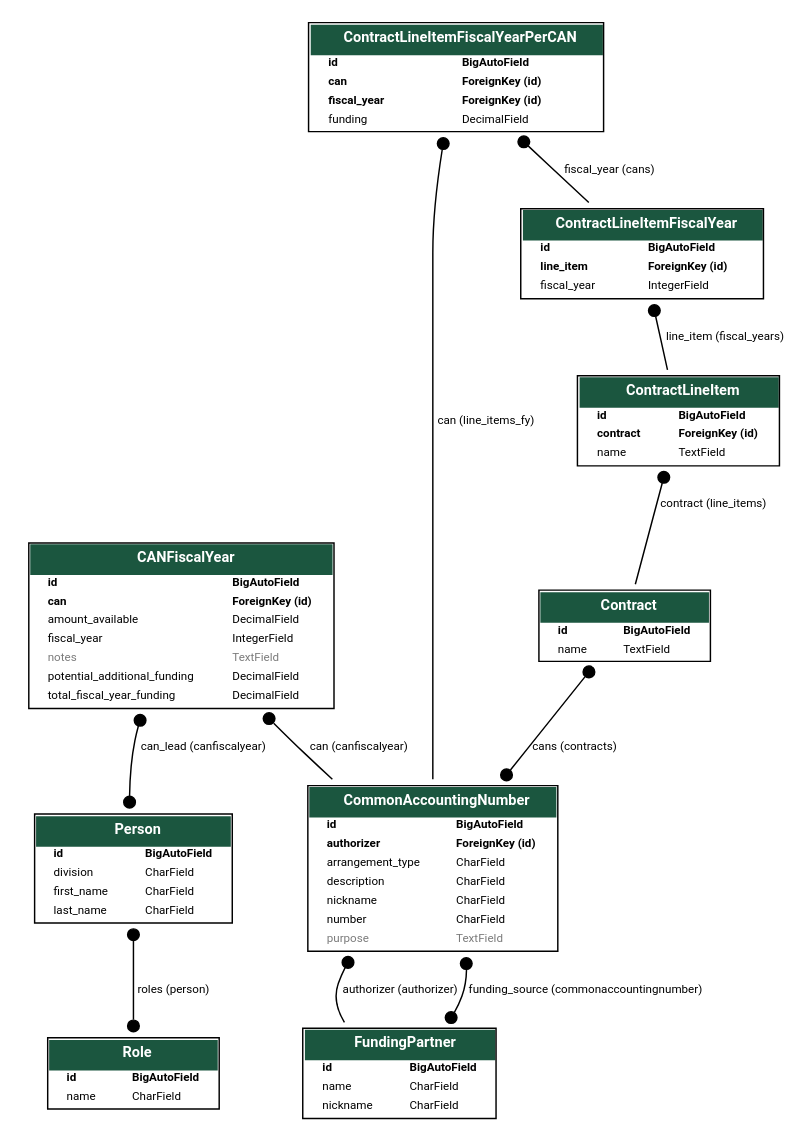
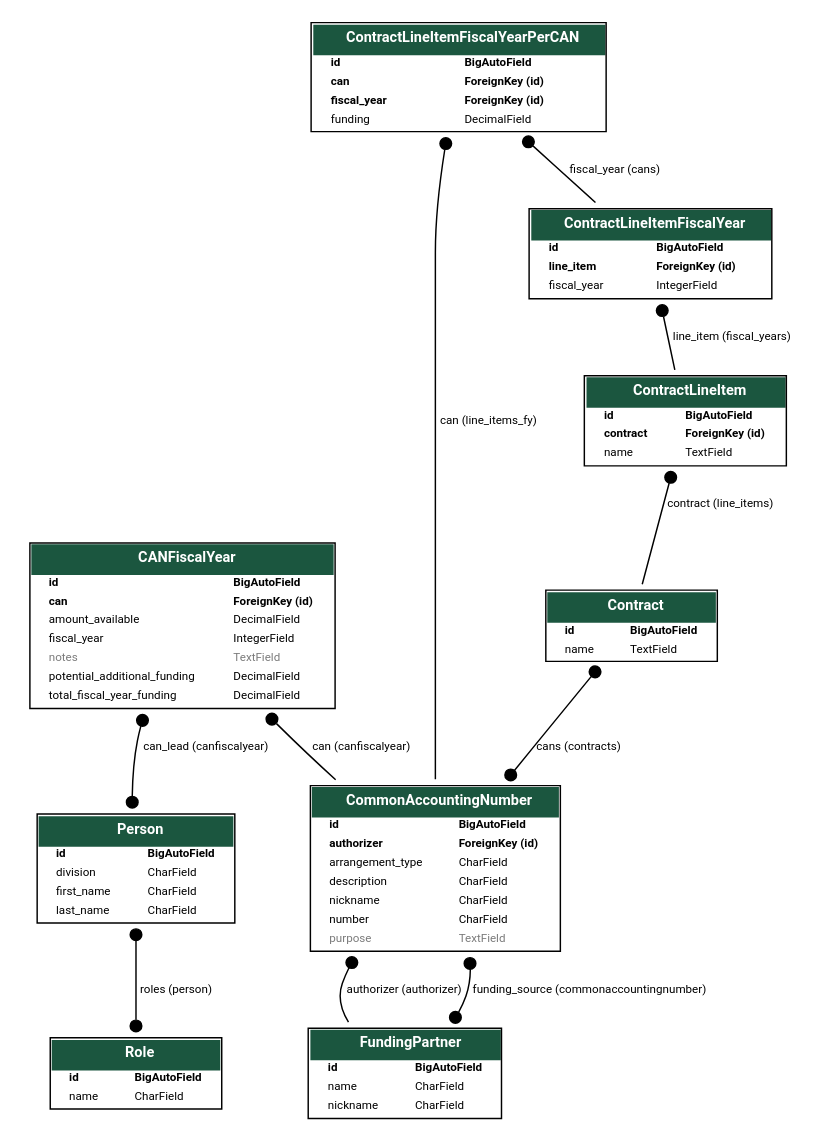
Before and after one commit to HHS/OPRE-OPS: the diagram in docs/models.dot, drawn with Graphviz. The commit also changed 1 other file, not shown here.

Commit message:
304: I deleted the wrong ones, bring the new ones back and rename to models

```diff
--- a/docs/models.dot
+++ b/docs/models.dot
@@ -1,62 +1,20 @@
 digraph model_graph {
-  // Dotfile by Django-Extensions graph_models
-  // Created: 2022-06-10 18:32
-  // Cli Options: -a -X LogEntry,AbstractUser,Permission,Group,User,ContentType,AbstractBaseSession,Session
-
-  fontname = "Roboto"
-  fontsize = 8
-  splines  = true
-  rankdir = "TB"
-
-  node [
-    fontname = "Roboto"
-    fontsize = 8
-    shape = "plaintext"
-  ]
-
-  edge [
-    fontname = "Roboto"
-    fontsize = 8
-  ]
-
-  // Labels
-
-
-  ops_site_models_FundingPartner [label=<
-    <TABLE BGCOLOR="white" BORDER="1" CELLBORDER="0" CELLSPACING="0">
-    <TR><TD COLSPAN="2" CELLPADDING="5" ALIGN="CENTER" BGCOLOR="#1b563f">
-    <FONT FACE="Roboto" COLOR="white" POINT-SIZE="10"><B>
-    FundingPartner
-    </B></FONT></TD></TR>
-
-
-    <TR><TD ALIGN="LEFT" BORDER="0">
-    <FONT FACE="Roboto"><B>id</B></FONT>
-    </TD><TD ALIGN="LEFT">
-    <FONT FACE="Roboto"><B>BigAutoField</B></FONT>
-    </TD></TR>
-
-
-
-    <TR><TD ALIGN="LEFT" BORDER="0">
-    <FONT FACE="Roboto">name</FONT>
-    </TD><TD ALIGN="LEFT">
-    <FONT FACE="Roboto">CharField</FONT>
-    </TD></TR>
-
-
-
-    <TR><TD ALIGN="LEFT" BORDER="0">
-    <FONT FACE="Roboto">nickname</FONT>
-    </TD><TD ALIGN="LEFT">
-    <FONT FACE="Roboto">CharField</FONT>
-    </TD></TR>
-
-
-    </TABLE>
-    >]
-
-  ops_site_models_Role [label=<
+	graph [bb="0,0,533,762",
+		fontname=Roboto,
+		fontsize=8,
+		rankdir=TB,
+		splines=true
+	];
+	node [fontname=Roboto,
+		fontsize=8,
+		label="\N",
+		shape=plaintext
+	];
+	edge [fontname=Roboto,
+		fontsize=8
+	];
+	opre_ops_ops_site_models_Role	[height=0.79167,
+		label=<
     <TABLE BGCOLOR="white" BORDER="1" CELLBORDER="0" CELLSPACING="0">
     <TR><TD COLSPAN="2" CELLPADDING="5" ALIGN="CENTER" BGCOLOR="#1b563f">
     <FONT FACE="Roboto" COLOR="white" POINT-SIZE="10"><B>
@@ -80,9 +38,11 @@
 
 
     </TABLE>
-    >]
-
-  ops_site_models_Person [label=<
+    >,
+		pos="86,35",
+		width=1.9444];
+	opre_ops_ops_site_models_Person	[height=1.1528,
+		label=<
     <TABLE BGCOLOR="white" BORDER="1" CELLBORDER="0" CELLSPACING="0">
     <TR><TD COLSPAN="2" CELLPADDING="5" ALIGN="CENTER" BGCOLOR="#1b563f">
     <FONT FACE="Roboto" COLOR="white" POINT-SIZE="10"><B>
@@ -122,9 +82,53 @@
 
 
     </TABLE>
-    >]
+    >,
+		pos="86,176",
+		width=2.1806];
+	opre_ops_ops_site_models_Person -> opre_ops_ops_site_models_Role	[arrowhead=dot,
+		arrowtail=dot,
+		dir=both,
+		label=" roles (person)",
+		lp="112.5,92.5",
+		pos="s,86,134.42 e,86,63.631 86,126.23 86,108.37 86,88.49 86,71.949"];
+	opre_ops_ops_site_cans_models_FundingPartner	[height=0.97222,
+		label=<
+    <TABLE BGCOLOR="white" BORDER="1" CELLBORDER="0" CELLSPACING="0">
+    <TR><TD COLSPAN="2" CELLPADDING="5" ALIGN="CENTER" BGCOLOR="#1b563f">
+    <FONT FACE="Roboto" COLOR="white" POINT-SIZE="10"><B>
+    FundingPartner
+    </B></FONT></TD></TR>
 
-  ops_site_models_CommonAccountingNumber [label=<
+
+    <TR><TD ALIGN="LEFT" BORDER="0">
+    <FONT FACE="Roboto"><B>id</B></FONT>
+    </TD><TD ALIGN="LEFT">
+    <FONT FACE="Roboto"><B>BigAutoField</B></FONT>
+    </TD></TR>
+
+
+
+    <TR><TD ALIGN="LEFT" BORDER="0">
+    <FONT FACE="Roboto">name</FONT>
+    </TD><TD ALIGN="LEFT">
+    <FONT FACE="Roboto">CharField</FONT>
+    </TD></TR>
+
+
+
+    <TR><TD ALIGN="LEFT" BORDER="0">
+    <FONT FACE="Roboto">nickname</FONT>
+    </TD><TD ALIGN="LEFT">
+    <FONT FACE="Roboto">CharField</FONT>
+    </TD></TR>
+
+
+    </TABLE>
+    >,
+		pos="267,35",
+		width=2.125];
+	opre_ops_ops_site_cans_models_CommonAccountingNumber	[height=1.6944,
+		label=<
     <TABLE BGCOLOR="white" BORDER="1" CELLBORDER="0" CELLSPACING="0">
     <TR><TD COLSPAN="2" CELLPADDING="5" ALIGN="CENTER" BGCOLOR="#1b563f">
     <FONT FACE="Roboto" COLOR="white" POINT-SIZE="10"><B>
@@ -188,9 +192,23 @@
 
 
     </TABLE>
-    >]
-
-  ops_site_models_CANFiscalYear [label=<
+    >,
+		pos="283,176",
+		width=2.75];
+	opre_ops_ops_site_cans_models_CommonAccountingNumber -> opre_ops_ops_site_cans_models_FundingPartner	[arrowhead=none,
+		arrowtail=dot,
+		dir=both,
+		label=" authorizer (authorizer)",
+		lp="264.5,92.5",
+		pos="s,230.87,114.56 227.15,107.26 225.58,103.89 224.18,100.46 223,97 219.8,87.605 222.38,78.412 227.59,70.129"];
+	opre_ops_ops_site_cans_models_CommonAccountingNumber -> opre_ops_ops_site_cans_models_FundingPartner	[arrowhead=dot,
+		arrowtail=dot,
+		dir=both,
+		label=" funding_source (commonaccountingnumber)",
+		lp="388.5,92.5",
+		pos="s,308.14,114.8 e,297.19,70.059 308.71,106.74 308.8,100.37 308.01,94.044 306,88 304.77,84.313 303.17,80.677 301.31,77.145"];
+	opre_ops_ops_site_cans_models_CANFiscalYear	[height=1.6944,
+		label=<
     <TABLE BGCOLOR="white" BORDER="1" CELLBORDER="0" CELLSPACING="0">
     <TR><TD COLSPAN="2" CELLPADDING="5" ALIGN="CENTER" BGCOLOR="#1b563f">
     <FONT FACE="Roboto" COLOR="white" POINT-SIZE="10"><B>
@@ -254,9 +272,23 @@
 
 
     </TABLE>
-    >]
-
-  ops_site_models_Contract [label=<
+    >,
+		pos="114,343",
+		width=3.1667];
+	opre_ops_ops_site_cans_models_CANFiscalYear -> opre_ops_ops_site_models_Person	[arrowhead=dot,
+		arrowtail=dot,
+		dir=both,
+		label=" can_lead (canfiscalyear)",
+		lp="131.5,259.5",
+		pos="s,90.988,281.61 e,83.778,217.53 88.961,273.6 88.213,270.37 87.551,267.17 87,264 84.853,251.67 83.992,238.21 83.808,225.64"];
+	opre_ops_ops_site_cans_models_CANFiscalYear -> opre_ops_ops_site_cans_models_CommonAccountingNumber	[arrowhead=none,
+		arrowtail=dot,
+		dir=both,
+		label=" can (canfiscalyear)",
+		lp="234,259.5",
+		pos="s,172.15,281.72 178.03,275.78 185.06,268.72 192.15,261.68 199,255 204.98,249.17 211.27,243.15 217.59,237.16"];
+	opre_ops_ops_site_cans_models_Contract	[height=0.79167,
+		label=<
     <TABLE BGCOLOR="white" BORDER="1" CELLBORDER="0" CELLSPACING="0">
     <TR><TD COLSPAN="2" CELLPADDING="5" ALIGN="CENTER" BGCOLOR="#1b563f">
     <FONT FACE="Roboto" COLOR="white" POINT-SIZE="10"><B>
@@ -280,9 +312,17 @@
 
 
     </TABLE>
-    >]
-
-  ops_site_models_ContractLineItem [label=<
+    >,
+		pos="416,343",
+		width=1.9444];
+	opre_ops_ops_site_cans_models_Contract -> opre_ops_ops_site_cans_models_CommonAccountingNumber	[arrowhead=dot,
+		arrowtail=dot,
+		dir=both,
+		label=" cans (contracts)",
+		lp="379,259.5",
+		pos="s,393.74,314.38 e,331.58,237.26 388.59,307.99 373.63,289.44 354.59,265.81 336.8,243.74"];
+	opre_ops_ops_site_cans_models_ContractLineItem	[height=0.97222,
+		label=<
     <TABLE BGCOLOR="white" BORDER="1" CELLBORDER="0" CELLSPACING="0">
     <TR><TD COLSPAN="2" CELLPADDING="5" ALIGN="CENTER" BGCOLOR="#1b563f">
     <FONT FACE="Roboto" COLOR="white" POINT-SIZE="10"><B>
@@ -314,9 +354,17 @@
 
 
     </TABLE>
-    >]
-
-  ops_site_models_ContractLineItemFiscalYear [label=<
+    >,
+		pos="452,484",
+		width=2.25];
+	opre_ops_ops_site_cans_models_ContractLineItem -> opre_ops_ops_site_cans_models_Contract	[arrowhead=none,
+		arrowtail=dot,
+		dir=both,
+		label=" contract (line_items)",
+		lp="475.5,426.5",
+		pos="s,443.19,449 441.18,441.24 435.34,418.69 428.3,391.49 423.15,371.59"];
+	opre_ops_ops_site_cans_models_ContractLineItemFiscalYear	[height=0.97222,
+		label=<
     <TABLE BGCOLOR="white" BORDER="1" CELLBORDER="0" CELLSPACING="0">
     <TR><TD COLSPAN="2" CELLPADDING="5" ALIGN="CENTER" BGCOLOR="#1b563f">
     <FONT FACE="Roboto" COLOR="white" POINT-SIZE="10"><B>
@@ -348,9 +396,17 @@
 
 
     </TABLE>
-    >]
-
-  ops_site_models_ContractLineItemFiscalYearPerCAN [label=<
+    >,
+		pos="429,599",
+		width=2.6667];
+	opre_ops_ops_site_cans_models_ContractLineItemFiscalYear -> opre_ops_ops_site_cans_models_ContractLineItem	[arrowhead=none,
+		arrowtail=dot,
+		dir=both,
+		label=" line_item (fiscal_years)",
+		lp="483,541.5",
+		pos="s,435.96,563.79 437.63,555.62 440.08,543.56 442.72,530.59 445.06,519.09"];
+	opre_ops_ops_site_cans_models_ContractLineItemFiscalYearPerCAN	[height=1.1528,
+		label=<
     <TABLE BGCOLOR="white" BORDER="1" CELLBORDER="0" CELLSPACING="0">
     <TR><TD COLSPAN="2" CELLPADDING="5" ALIGN="CENTER" BGCOLOR="#1b563f">
     <FONT FACE="Roboto" COLOR="white" POINT-SIZE="10"><B>
@@ -390,42 +446,22 @@
 
 
     </TABLE>
-    >]
-
-
-
-
-  // Relations
-
-  ops_site_models_Person -> ops_site_models_Role
-  [label=" roles (person)"] [arrowhead=dot arrowtail=dot, dir=both];
-
-  ops_site_models_CommonAccountingNumber -> ops_site_models_FundingPartner
-  [label=" authorizer (authorizer)"] [arrowhead=none, arrowtail=dot, dir=both];
-
-  ops_site_models_CommonAccountingNumber -> ops_site_models_FundingPartner
-  [label=" funding_source (commonaccountingnumber)"] [arrowhead=dot arrowtail=dot, dir=both];
-
-  ops_site_models_CANFiscalYear -> ops_site_models_CommonAccountingNumber
-  [label=" can (canfiscalyear)"] [arrowhead=none, arrowtail=dot, dir=both];
-
-  ops_site_models_CANFiscalYear -> ops_site_models_Person
-  [label=" can_lead (canfiscalyear)"] [arrowhead=dot arrowtail=dot, dir=both];
-
-  ops_site_models_Contract -> ops_site_models_CommonAccountingNumber
-  [label=" cans (contracts)"] [arrowhead=dot arrowtail=dot, dir=both];
-
-  ops_site_models_ContractLineItem -> ops_site_models_Contract
-  [label=" contract (line_items)"] [arrowhead=none, arrowtail=dot, dir=both];
-
-  ops_site_models_ContractLineItemFiscalYear -> ops_site_models_ContractLineItem
-  [label=" line_item (fiscal_years)"] [arrowhead=none, arrowtail=dot, dir=both];
-
-  ops_site_models_ContractLineItemFiscalYearPerCAN -> ops_site_models_ContractLineItemFiscalYear
-  [label=" fiscal_year (cans)"] [arrowhead=none, arrowtail=dot, dir=both];
-
-  ops_site_models_ContractLineItemFiscalYearPerCAN -> ops_site_models_CommonAccountingNumber
-  [label=" can (line_items_fy)"] [arrowhead=none, arrowtail=dot, dir=both];
-
-
+    >,
+		pos="299,720.5",
+		width=3.1944];
+	opre_ops_ops_site_cans_models_ContractLineItemFiscalYearPerCAN -> opre_ops_ops_site_cans_models_CommonAccountingNumber	[arrowhead=none,
+		arrowtail=dot,
+		dir=both,
+		label=" can (line_items_fy)",
+		lp="318,484",
+		pos="s,290.81,678.75 289.48,670.7 286.05,649.12 283,623.39 283,600 283,600 283,600 283,342 283,307.34 283,268.58 283,237.34"];
+	opre_ops_ops_site_cans_models_ContractLineItemFiscalYearPerCAN -> opre_ops_ops_site_cans_models_ContractLineItemFiscalYear	[arrowhead=none,
+		arrowtail=dot,
+		dir=both,
+		label=" fiscal_year (cans)",
+		lp="403.5,656.5",
+		pos="s,343.38,678.71 349.35,673.21 363.46,660.24 378.54,646.38 391.74,634.25"];
+	"\n\n\n"	[height=0.5,
+		pos="459,720.5",
+		width=0.75];
 }
```
